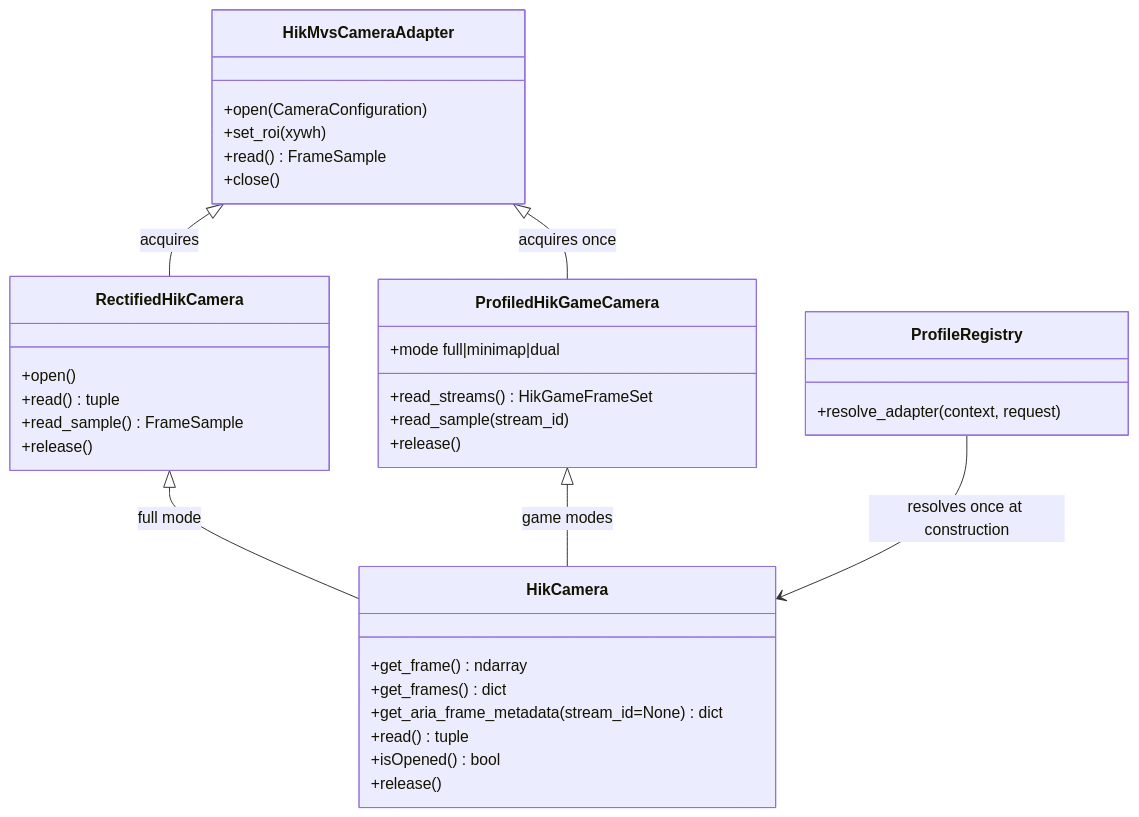
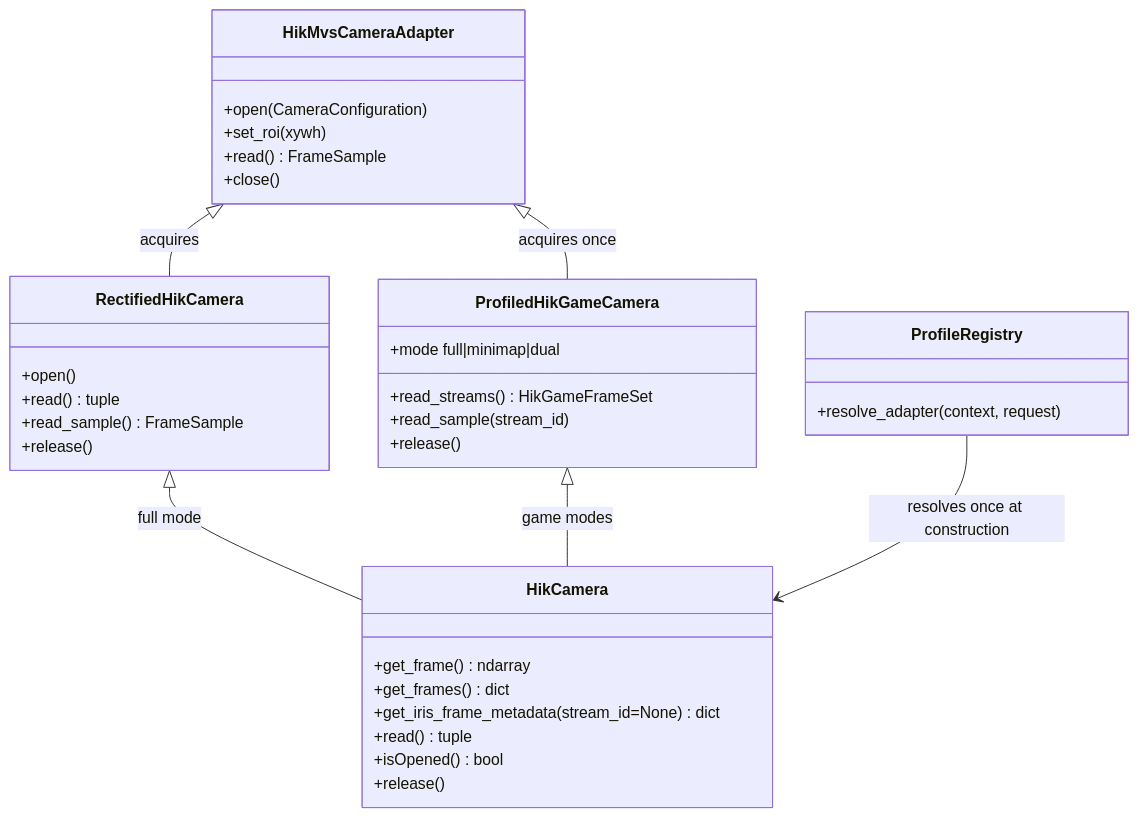
One commit to poi890poi/aria-trace changed the third of 4 diagrams in docs/standalone-release/ARCHITECTURE.md. Above: the diagram before and after it, drawn with Mermaid. The commit also changed other lines of this file and 72 other files, not shown here.

````diff
--- a/docs/standalone-release/ARCHITECTURE.md
+++ b/docs/standalone-release/ARCHITECTURE.md
@@ -60,38 +60,38 @@
 ```mermaid
 classDiagram
     class HikMvsCameraAdapter {
       +open(CameraConfiguration)
       +set_roi(xywh)
       +read() FrameSample
       +close()
     }
     class RectifiedHikCamera {
       +open()
       +read() tuple
       +read_sample() FrameSample
       +release()
     }
     class ProfiledHikGameCamera {
       +mode full|minimap|dual
       +read_streams() HikGameFrameSet
       +read_sample(stream_id)
       +release()
     }
     class HikCamera {
       +get_frame() ndarray
       +get_frames() dict
-      +get_aria_frame_metadata(stream_id=None) dict
+      +get_iris_frame_metadata(stream_id=None) dict
       +read() tuple
       +isOpened() bool
       +release()
     }
     class ProfileRegistry {
       +resolve_adapter(context, request)
     }
 
     HikMvsCameraAdapter <|-- RectifiedHikCamera : acquires
     HikMvsCameraAdapter <|-- ProfiledHikGameCamera : acquires once
     RectifiedHikCamera <|-- HikCamera : full mode
     ProfiledHikGameCamera <|-- HikCamera : game modes
     ProfileRegistry --> HikCamera : resolves once at construction
 ```
````
